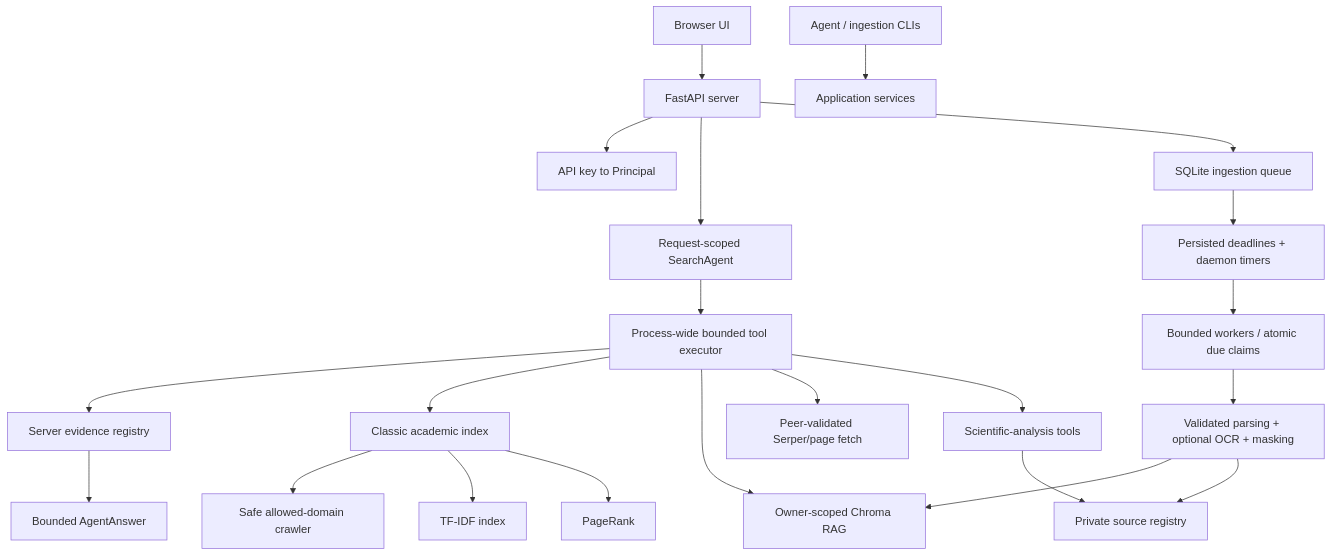
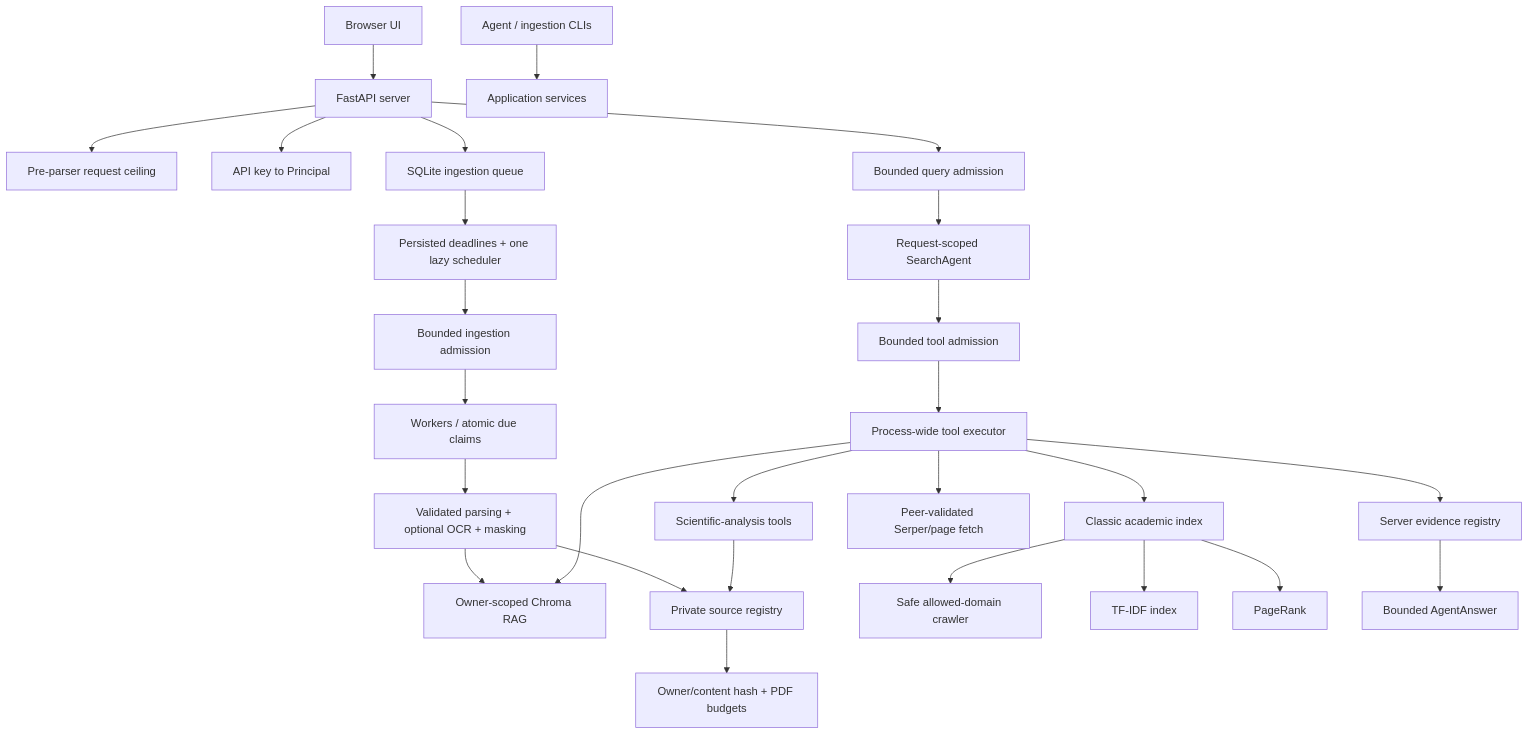
The diagram in docs/GOALS_AND_ARCHITECTURE.md (Anurag9000/RigorousRAG), drawn with Mermaid before and after one commit. The commit also changed other lines of this file, not shown here.

Commit message:
Align architecture with centralized bounded execution

````diff
--- a/docs/GOALS_AND_ARCHITECTURE.md
+++ b/docs/GOALS_AND_ARCHITECTURE.md
@@ -134,24 +149,29 @@
 ```mermaid
 graph TD
     UI[Browser UI] --> API[FastAPI server]
     CLI[Agent / ingestion CLIs] --> Services[Application services]
+    API --> BodyLimit[Pre-parser request ceiling]
     API --> Identity[API key to Principal]
-    API --> Agent[Request-scoped SearchAgent]
+    API --> QueryAdmission[Bounded query admission]
+    QueryAdmission --> Agent[Request-scoped SearchAgent]
     API --> Queue[SQLite ingestion queue]
-    Queue --> Scheduler[Persisted deadlines + daemon timers]
-    Scheduler --> Workers[Bounded workers / atomic due claims]
+    Queue --> Scheduler[Persisted deadlines + one lazy scheduler]
+    Scheduler --> IngestAdmission[Bounded ingestion admission]
+    IngestAdmission --> Workers[Workers / atomic due claims]
     Workers --> Parser[Validated parsing + optional OCR + masking]
     Parser --> Vector[Owner-scoped Chroma RAG]
     Parser --> Registry[Private source registry]
-    Agent --> ToolPool[Process-wide bounded tool executor]
+    Agent --> ToolAdmission[Bounded tool admission]
+    ToolAdmission --> ToolPool[Process-wide tool executor]
     ToolPool --> Evidence[Server evidence registry]
     ToolPool --> Classic[Classic academic index]
     ToolPool --> Vector
     ToolPool --> Web[Peer-validated Serper/page fetch]
     ToolPool --> Integrity[Scientific-analysis tools]
     Integrity --> Registry
+    Registry --> VisualVerify[Owner/content hash + PDF budgets]
     Classic --> Crawler[Safe allowed-domain crawler]
     Classic --> Sparse[TF-IDF index]
     Classic --> Rank[PageRank]
     Evidence --> Response[Bounded AgentAnswer]
 ```
````
